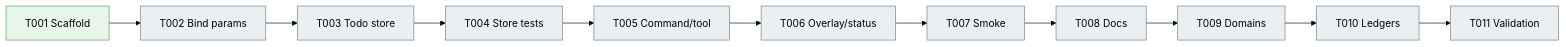
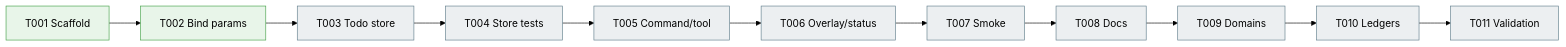
The third of 3 diagrams in docs/plans/010-sql-backed-todo-extension/sql-backed-todo-extension.fltplan.md (vaughanknight/pij), drawn with Mermaid (forest theme) before and after one commit. The commit also changed other lines of this file and 4 other files, not shown here.

````diff
--- a/docs/plans/010-sql-backed-todo-extension/sql-backed-todo-extension.fltplan.md
+++ b/docs/plans/010-sql-backed-todo-extension/sql-backed-todo-extension.fltplan.md
@@ -128,9 +128,9 @@
 ```mermaid
 flowchart LR
     classDef pending fill:#ECEFF1,stroke:#607D8B,color:#000
     classDef active fill:#FFF3E0,stroke:#FB8C00,color:#000
     classDef done fill:#E8F5E9,stroke:#43A047,color:#000
     classDef blocked fill:#FFEBEE,stroke:#E53935,color:#000
 
-    S001[T001 Scaffold]:::done --> S002[T002 Bind params]:::pending --> S003[T003 Todo store]:::pending --> S004[T004 Store tests]:::pending --> S005[T005 Command/tool]:::pending --> S006[T006 Overlay/status]:::pending --> S007[T007 Smoke]:::pending --> S008[T008 Docs]:::pending --> S009[T009 Domains]:::pending --> S010[T010 Ledgers]:::pending --> S011[T011 Validation]:::pending
+    S001[T001 Scaffold]:::done --> S002[T002 Bind params]:::done --> S003[T003 Todo store]:::pending --> S004[T004 Store tests]:::pending --> S005[T005 Command/tool]:::pending --> S006[T006 Overlay/status]:::pending --> S007[T007 Smoke]:::pending --> S008[T008 Docs]:::pending --> S009[T009 Domains]:::pending --> S010[T010 Ledgers]:::pending --> S011[T011 Validation]:::pending
 ```
````
